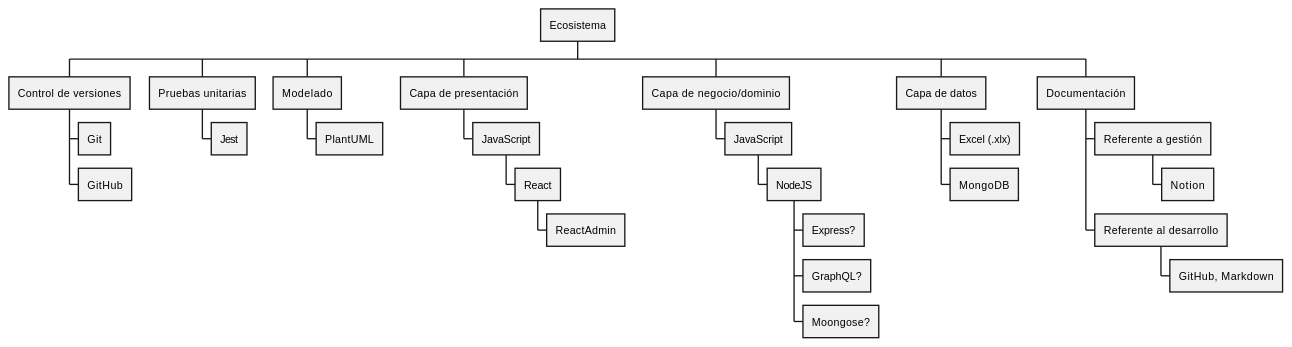
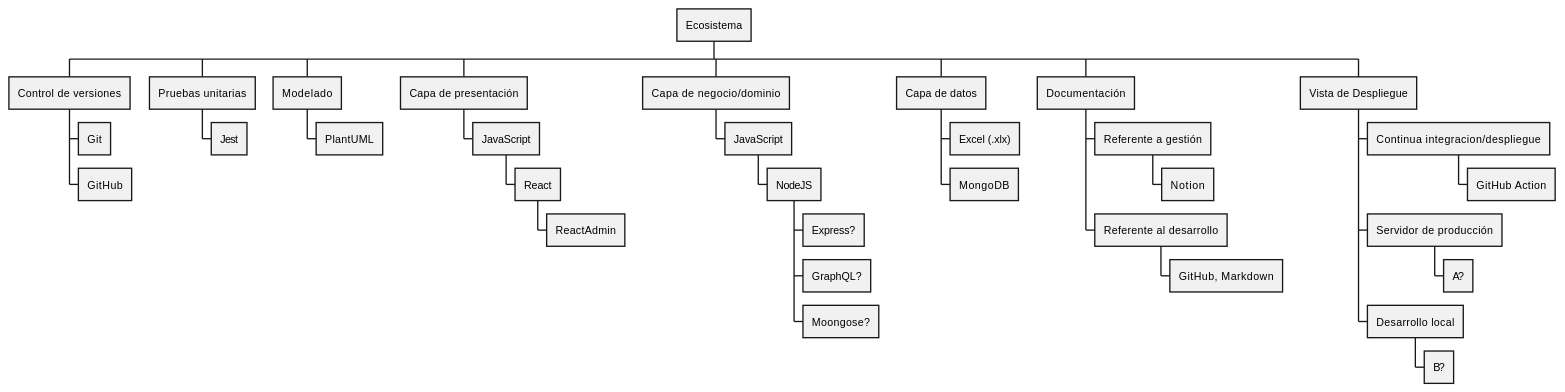
One commit to sanchezcarlosjr/proyecto911 changed the diagram in docs/ecosistema.md. Above: the diagram before and after it, drawn with PlantUML. The commit also changed other lines of this file, not shown here.

````diff
--- a/docs/ecosistema.md
+++ b/docs/ecosistema.md
@@ -6,30 +7,37 @@
 ```plantuml:md-ecosistema
 @startwbs
 * Ecosistema
 ** Control de versiones
 *** Git
 *** GitHub
 ** Pruebas unitarias
 *** Jest
 ** Modelado
 *** PlantUML
 ** Capa de presentación
 *** JavaScript
 **** React
 ***** ReactAdmin
 ** Capa de negocio/dominio
 *** JavaScript
 **** NodeJS
 ***** Express?
 ***** GraphQL?
 ***** Moongose?
 ** Capa de datos
 *** Excel (.xlx)
 *** MongoDB
 ** Documentación
 *** Referente a gestión
 **** Notion
 *** Referente al desarrollo
 **** GitHub, Markdown
+** Vista de Despliegue
+*** Continua integracion/despliegue
+**** GitHub Action
+*** Servidor de producción
+**** A?
+*** Desarrollo local
+**** B?
 @endwbs
 ```
````
